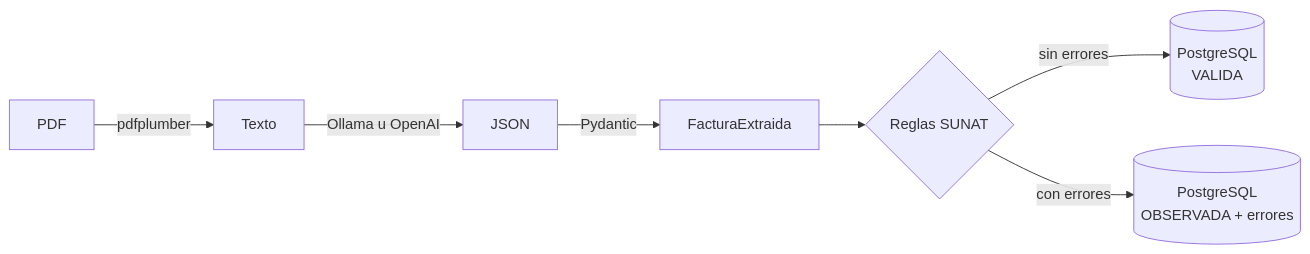
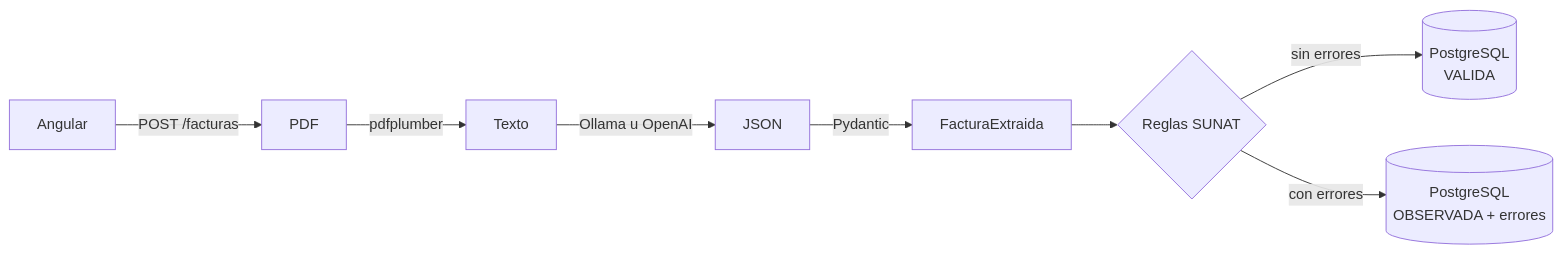
One commit to mauroalberto080405-create/lector-facturas-ia changed the diagram in README.md. Above: the diagram before and after it, drawn with Mermaid. The commit also changed other lines of this file and 54 other files, not shown here.

````diff
--- a/README.md
+++ b/README.md
@@ -20,9 +25,10 @@
 ```mermaid
 flowchart LR
+    U[Angular] -->|POST /facturas| A
     A[PDF] -->|pdfplumber| B[Texto]
     B -->|Ollama u OpenAI| C[JSON]
     C -->|Pydantic| D[FacturaExtraida]
     D --> E{Reglas SUNAT}
     E -->|sin errores| F[(PostgreSQL<br/>VALIDA)]
     E -->|con errores| G[(PostgreSQL<br/>OBSERVADA + errores)]
 ```
````
